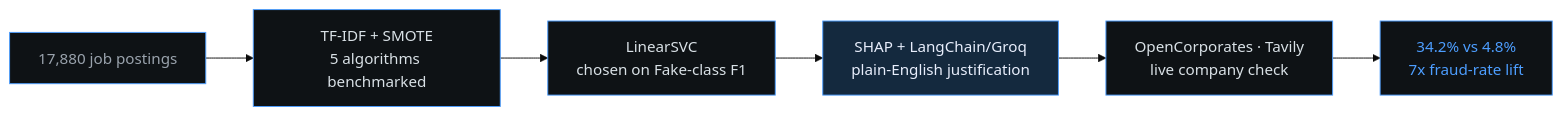
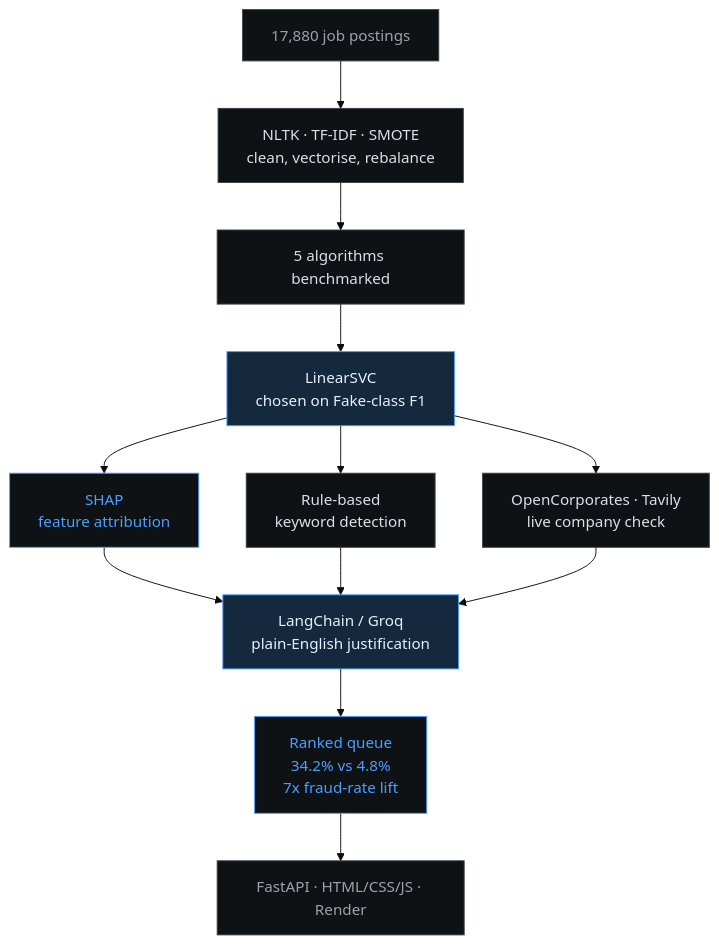
Before and after one commit to WnagarAryan/WnagarAryan: the first of 2 diagrams in README.md, drawn with Mermaid (base theme).

Commit message:
content: expand the FraudLens diagram
Eight stages with a three-way evidence branch instead of a single
straight line: preprocessing, benchmarking and selection, the three
signals gathered per posting, the justification layer, and serving.

Built without subgraphs deliberately. Mermaid ignores a subgraph's own
direction once edges cross its boundary, so the four-node prep chain
stacked vertically and the diagram ran off the page; collapsing each
linear run into one node keeps it readable. Verified by rendering
against mermaid 11, not just by eye.

````diff
--- a/README.md
+++ b/README.md
@@ -191,15 +191,28 @@
 ```mermaid
-flowchart LR
-    A["17,880 job postings"] --> B["TF-IDF + SMOTE<br/>5 algorithms benchmarked"]
-    B --> C["LinearSVC<br/>chosen on Fake-class F1"]
-    C --> D["SHAP + LangChain/Groq<br/>plain-English justification"]
-    D --> E["OpenCorporates · Tavily<br/>live company check"]
-    E --> F["34.2% vs 4.8%<br/>7x fraud-rate lift"]
+flowchart TB
+    A["17,880 job postings"] --> B["NLTK · TF-IDF · SMOTE<br/>clean, vectorise, rebalance"]
+    B --> C["5 algorithms benchmarked"]
+    C --> D["LinearSVC<br/>chosen on Fake-class F1"]
 
-    style A fill:#0e1215,color:#9aa3ad,stroke:#4d9eff
-    style B fill:#0e1215,color:#d9e1e6,stroke:#4d9eff
-    style C fill:#0e1215,color:#d9e1e6,stroke:#4d9eff
-    style D fill:#14293E,color:#e8eefc,stroke:#4d9eff
-    style E fill:#0e1215,color:#d9e1e6,stroke:#4d9eff
-    style F fill:#0e1215,color:#4d9eff,stroke:#4d9eff
+    D --> E1["SHAP<br/>feature attribution"]
+    D --> E2["Rule-based<br/>keyword detection"]
+    D --> E3["OpenCorporates · Tavily<br/>live company check"]
+
+    E1 --> F["LangChain / Groq<br/>plain-English justification"]
+    E2 --> F
+    E3 --> F
+
+    F --> G["Ranked queue<br/>34.2% vs 4.8%<br/>7x fraud-rate lift"]
+    G --> H["FastAPI · HTML/CSS/JS · Render"]
+
+    style A  fill:#0e1215,color:#9aa3ad,stroke:#3a4048
+    style B  fill:#0e1215,color:#d9e1e6,stroke:#3a4048
+    style C  fill:#0e1215,color:#d9e1e6,stroke:#3a4048
+    style D  fill:#14293E,color:#e8eefc,stroke:#4d9eff
+    style E1 fill:#0e1215,color:#4d9eff,stroke:#4d9eff
+    style E2 fill:#0e1215,color:#d9e1e6,stroke:#3a4048
+    style E3 fill:#0e1215,color:#d9e1e6,stroke:#3a4048
+    style F  fill:#14293E,color:#e8eefc,stroke:#4d9eff
+    style G  fill:#0e1215,color:#4d9eff,stroke:#4d9eff
+    style H  fill:#0e1215,color:#9aa3ad,stroke:#3a4048
 ```
````
